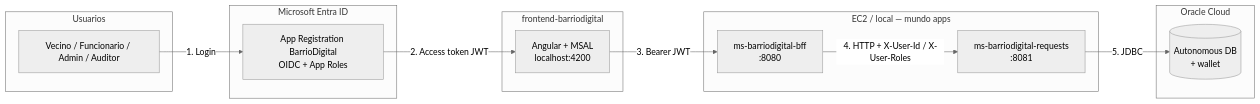
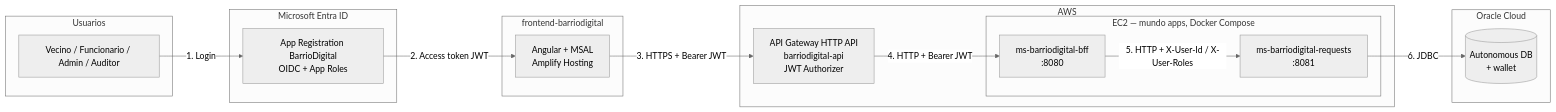
Before and after one commit to CEOAlmaloco/barriodigital-infra: the first of 2 diagrams in docs/arquitectura.md, drawn with Mermaid (neutral theme). The commit also changed other lines of this file and 5 other files, not shown here.

First line of the commit message:
docs: alinea docs de infra con el despliegue en AWS y el contrato JWT real

````diff
--- a/docs/arquitectura.md
+++ b/docs/arquitectura.md
@@ -8,29 +8,33 @@
 ```mermaid
 flowchart LR
   subgraph Usuarios
     V[Vecino / Funcionario / Admin / Auditor]
   end
 
   subgraph Azure["Microsoft Entra ID"]
     AD[App Registration BarrioDigital<br/>OIDC + App Roles]
   end
 
   subgraph Front["frontend-barriodigital"]
-    ANG[Angular + MSAL<br/>localhost:4200]
+    ANG[Angular + MSAL<br/>Amplify Hosting]
   end
 
-  subgraph Back["EC2 / local — mundo apps"]
-    BFF[ms-barriodigital-bff<br/>:8080]
-    REQ[ms-barriodigital-requests<br/>:8081]
+  subgraph AWS["AWS"]
+    GW[API Gateway HTTP API<br/>barriodigital-api<br/>JWT Authorizer]
+    subgraph Back["EC2 — mundo apps, Docker Compose"]
+      BFF[ms-barriodigital-bff<br/>:8080]
+      REQ[ms-barriodigital-requests<br/>:8081]
+    end
   end
 
   subgraph Datos["Oracle Cloud"]
     ORA[(Autonomous DB<br/>+ wallet)]
   end
 
   V -->|1. Login| AD
   AD -->|2. Access token JWT| ANG
-  ANG -->|3. Bearer JWT| BFF
-  BFF -->|4. HTTP + X-User-Id / X-User-Roles| REQ
-  REQ -->|5. JDBC| ORA
+  ANG -->|3. HTTPS + Bearer JWT| GW
+  GW -->|4. HTTP + Bearer JWT| BFF
+  BFF -->|5. HTTP + X-User-Id / X-User-Roles| REQ
+  REQ -->|6. JDBC| ORA
 ```
````
